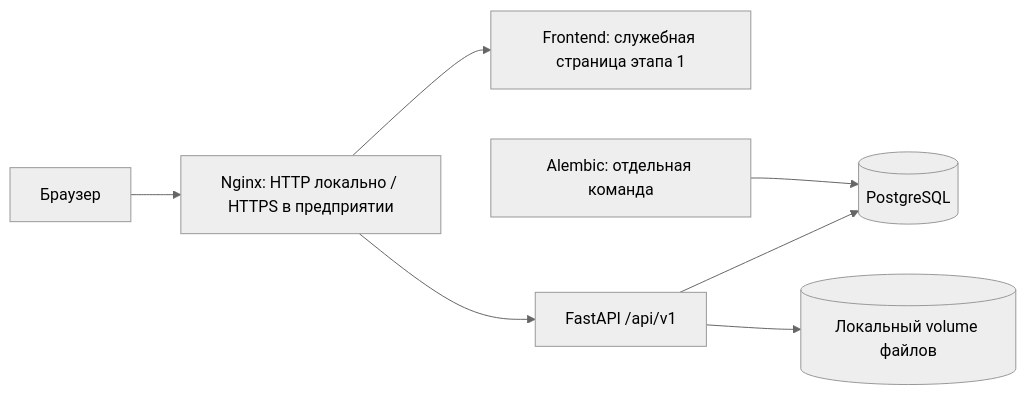
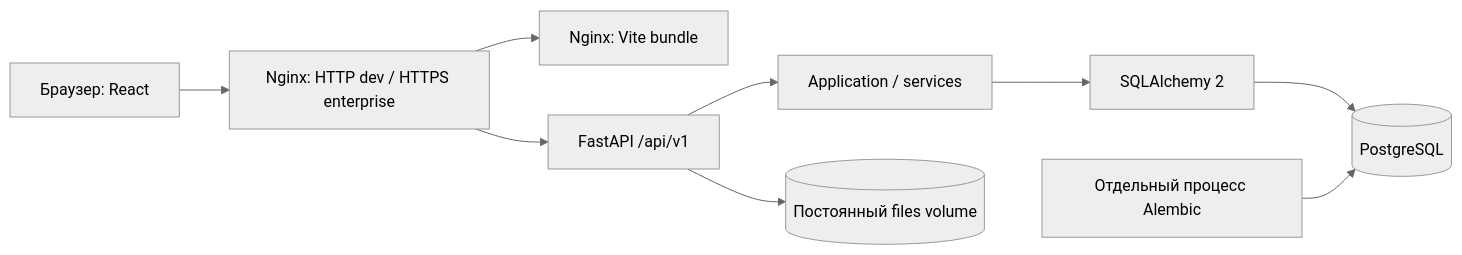
The diagram in ARCHITECTURE.md (the1nclementia/it-element29), drawn with Mermaid (neutral theme) before and after one commit. The commit also changed other lines of this file and 90 other files, not shown here.

````diff
--- a/ARCHITECTURE.md
+++ b/ARCHITECTURE.md
@@ -21,9 +12,11 @@
 ```mermaid
 flowchart LR
-    Browser[Браузер] --> Proxy[Nginx: HTTP локально / HTTPS в предприятии]
-    Proxy --> Frontend[Frontend: служебная страница этапа 1]
+    Browser[Браузер: React] --> Proxy[Nginx: HTTP dev / HTTPS enterprise]
+    Proxy --> Frontend[Nginx: Vite bundle]
     Proxy --> API[FastAPI /api/v1]
-    API --> DB[(PostgreSQL)]
-    API --> Files[(Локальный volume файлов)]
-    Migrate[Alembic: отдельная команда] --> DB
+    API --> Service[Application / services]
+    Service --> ORM[SQLAlchemy 2]
+    ORM --> DB[(PostgreSQL)]
+    API --> Files[(Постоянный files volume)]
+    Migrate[Отдельный процесс Alembic] --> DB
 ```
````
